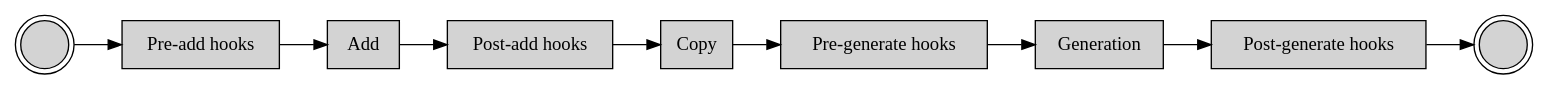
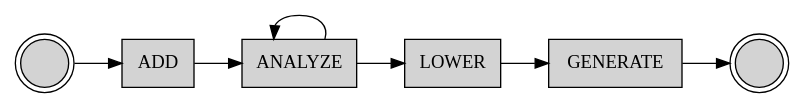
Before and after one commit to qbicc/qbicc: the diagram in docs/driver-flow.dot, drawn with Graphviz. The commit also changed 2 other files, not shown here.

```diff
--- a/docs/driver-flow.dot
+++ b/docs/driver-flow.dot
@@ -1,23 +1,15 @@
 // Use the following command to render:
 
 // dot -Tsvg driver-flow.dot > driver-flow.svg
 
 digraph {
     graph [rankdir=LR,truecolor=true,bgcolor="#ffffff00",fgcolor="#000000ff",fontcolor="#000000ff"]
     node [shape=rectangle,style=filled,bgcolor="#ffffff00",fgcolor="#000000ff"];
     edge [fgcolor="#000000ff"];
 
     start [label="",shape=doublecircle]
     end [label="",shape=doublecircle]
 
-    start->preadd->add->postadd->copy->pregen->gen->postgen->end
-
-
-    preadd [label="Pre-add hooks"]
-    add [label="Add"]
-    postadd [label="Post-add hooks"]
-    copy [label="Copy"]
-    pregen [label="Pre-generate hooks"]
-    gen [label="Generation"]
-    postgen [label="Post-generate hooks"]
+    start->ADD->ANALYZE->LOWER->GENERATE->end
+    ANALYZE->ANALYZE [dir="back"]
 }
```
